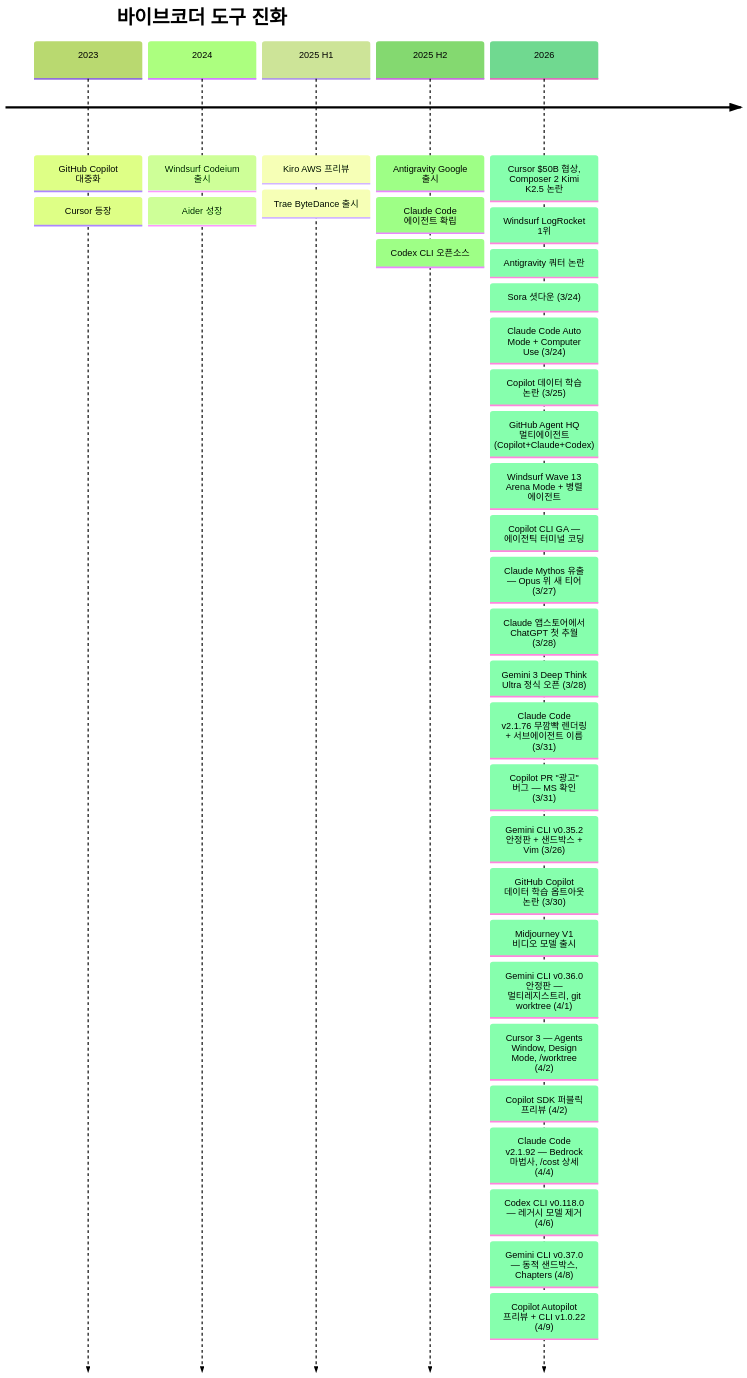
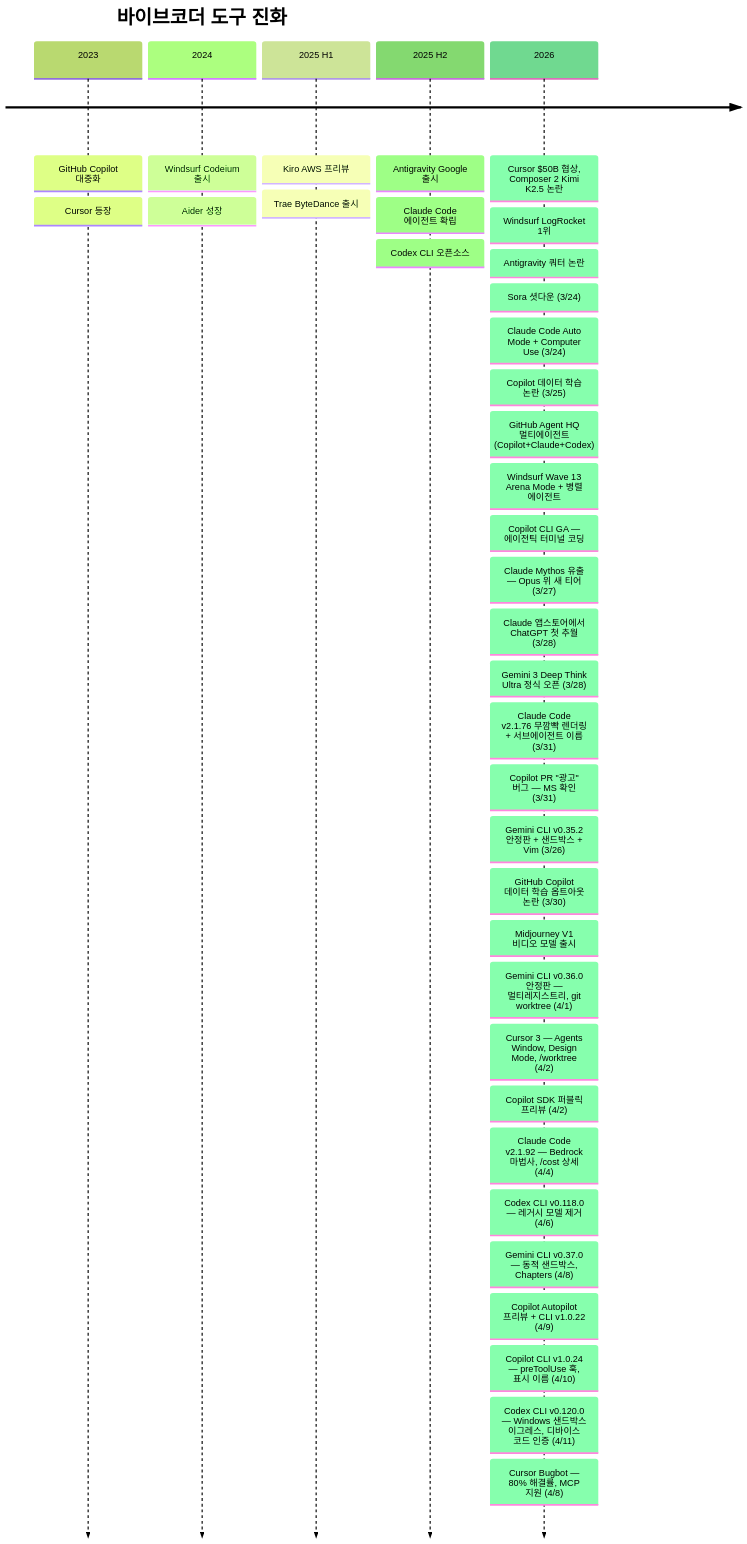
Before and after one commit to Lazere4385/ai-whatchelin: the first of 11 diagrams in README_ko.md, drawn with Mermaid (forest theme). The commit also changed other lines of this file and 2 other files, not shown here.

````diff
--- a/README_ko.md
+++ b/README_ko.md
@@ -116,37 +116,40 @@
 ```mermaid
 timeline
     title 바이브코더 도구 진화
     2023 : GitHub Copilot 대중화
          : Cursor 등장
     2024 : Windsurf Codeium 출시
          : Aider 성장
     2025 H1 : Kiro AWS 프리뷰
             : Trae ByteDance 출시
     2025 H2 : Antigravity Google 출시
             : Claude Code 에이전트 확립
             : Codex CLI 오픈소스
     2026 : Cursor $50B 협상, Composer 2 Kimi K2.5 논란
          : Windsurf LogRocket 1위
          : Antigravity 쿼터 논란
          : Sora 셧다운 (3/24)
          : Claude Code Auto Mode + Computer Use (3/24)
          : Copilot 데이터 학습 논란 (3/25)
          : GitHub Agent HQ 멀티에이전트 (Copilot+Claude+Codex)
          : Windsurf Wave 13 Arena Mode + 병렬 에이전트
          : Copilot CLI GA — 에이전틱 터미널 코딩
          : Claude Mythos 유출 — Opus 위 새 티어 (3/27)
          : Claude 앱스토어에서 ChatGPT 첫 추월 (3/28)
          : Gemini 3 Deep Think Ultra 정식 오픈 (3/28)
          : Claude Code v2.1.76 무깜빡 렌더링 + 서브에이전트 이름 (3/31)
          : Copilot PR "광고" 버그 — MS 확인 (3/31)
          : Gemini CLI v0.35.2 안정판 + 샌드박스 + Vim (3/26)
          : GitHub Copilot 데이터 학습 옵트아웃 논란 (3/30)
          : Midjourney V1 비디오 모델 출시
          : Gemini CLI v0.36.0 안정판 — 멀티레지스트리, git worktree (4/1)
          : Cursor 3 — Agents Window, Design Mode, /worktree (4/2)
          : Copilot SDK 퍼블릭 프리뷰 (4/2)
          : Claude Code v2.1.92 — Bedrock 마법사, /cost 상세 (4/4)
          : Codex CLI v0.118.0 — 레거시 모델 제거 (4/6)
          : Gemini CLI v0.37.0 — 동적 샌드박스, Chapters (4/8)
          : Copilot Autopilot 프리뷰 + CLI v1.0.22 (4/9)
+         : Copilot CLI v1.0.24 — preToolUse 훅, 표시 이름 (4/10)
+         : Codex CLI v0.120.0 — Windows 샌드박스 이그레스, 디바이스 코드 인증 (4/11)
+         : Cursor Bugbot — 80% 해결률, MCP 지원 (4/8)
 ```
````
